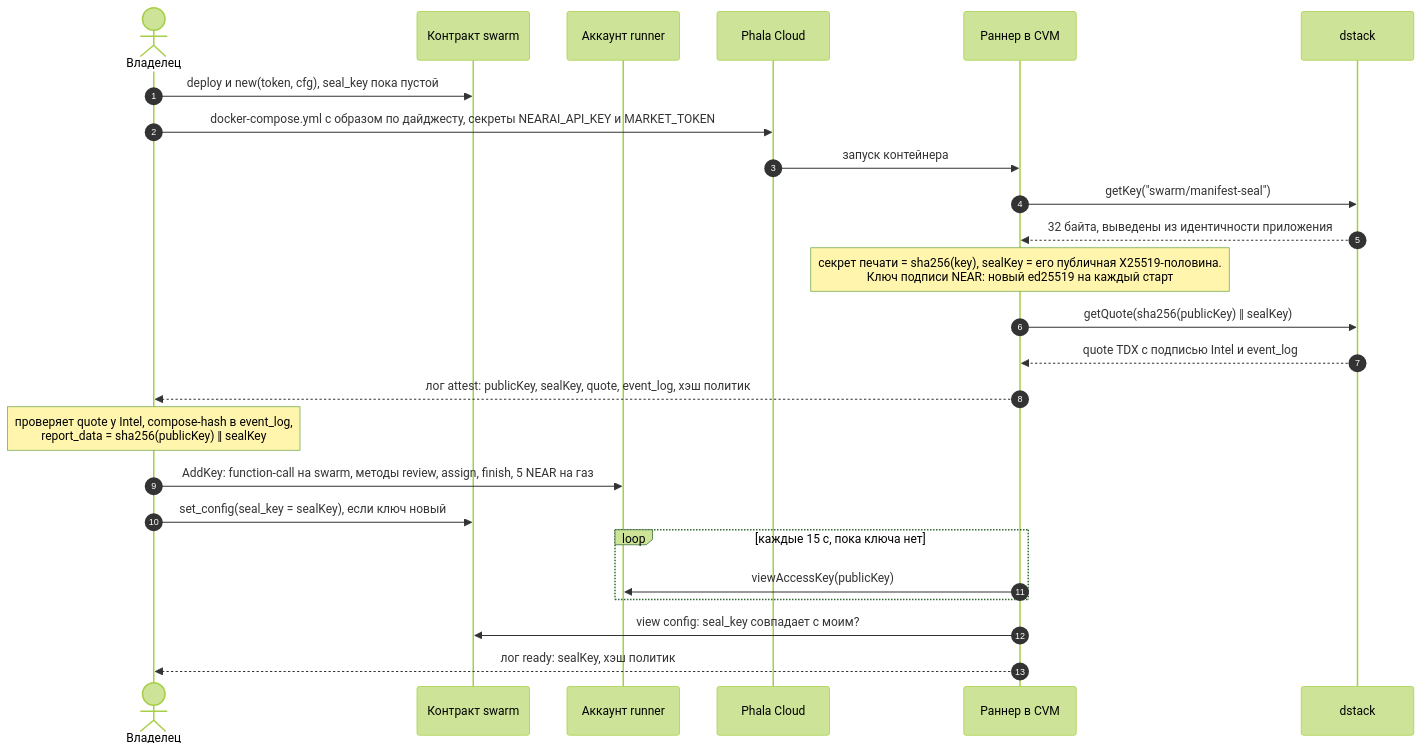
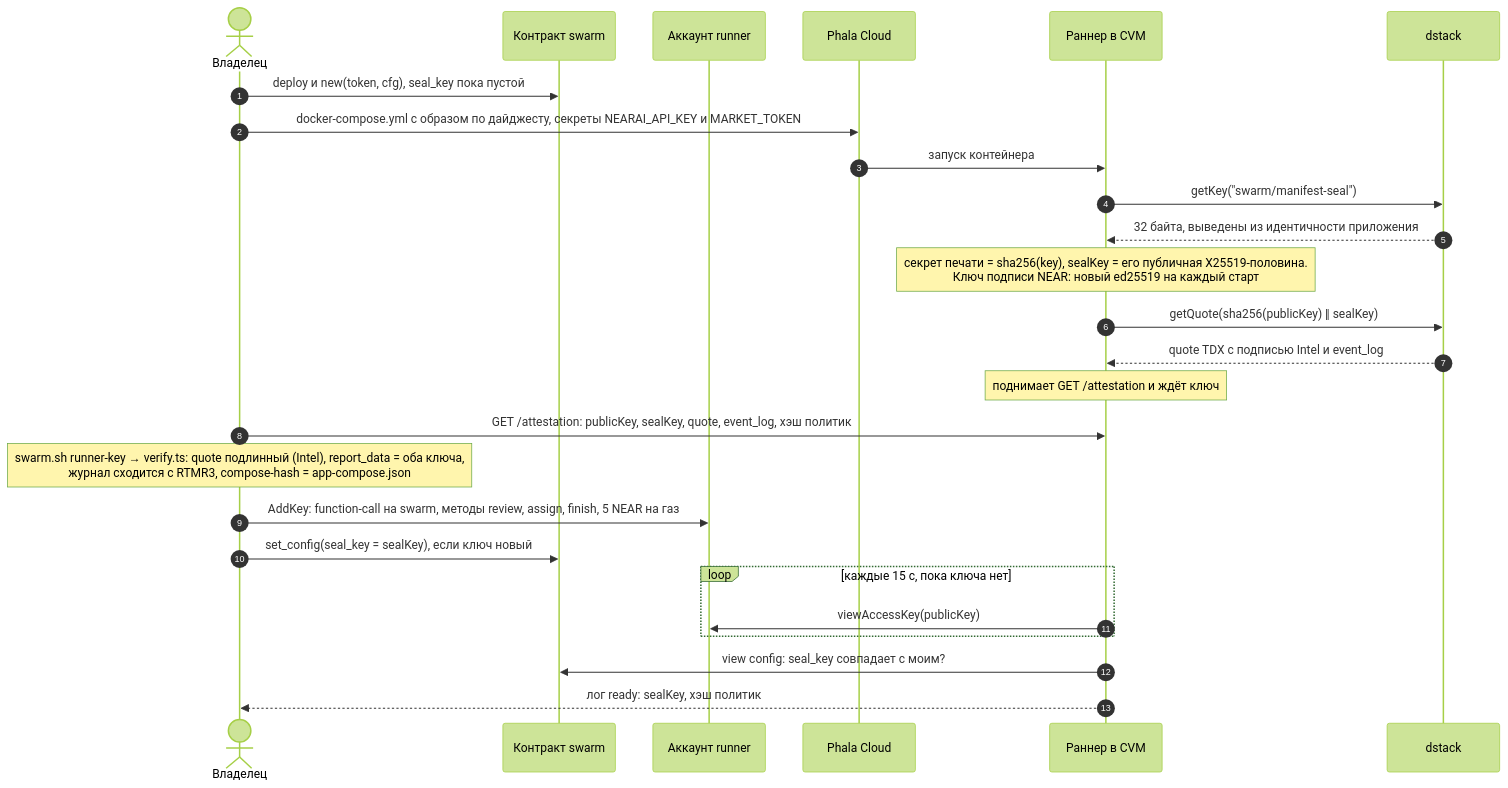
The second of 6 diagrams in docs/FLOWS.md (Sunnesoft/hive), drawn with Mermaid (forest theme) before and after one commit. The commit also changed other lines of this file and 18 other files, not shown here.

First line of the commit message:
Anyone can check the runner: GET /attestation and verify-seal

````diff
--- a/docs/FLOWS.md
+++ b/docs/FLOWS.md
@@ -110,27 +111,28 @@
 ```mermaid
 sequenceDiagram
   autonumber
   actor O as Владелец
   participant K as Контракт swarm
   participant RA as Аккаунт runner
   participant Ph as Phala Cloud
   participant R as Раннер в CVM
   participant D as dstack
   O->>K: deploy и new(token, cfg), seal_key пока пустой
   O->>Ph: docker-compose.yml с образом по дайджесту, секреты NEARAI_API_KEY и MARKET_TOKEN
   Ph->>R: запуск контейнера
   R->>D: getKey("swarm/manifest-seal")
   D-->>R: 32 байта, выведены из идентичности приложения
   Note over R: секрет печати = sha256(key), sealKey = его публичная X25519-половина.<br/>Ключ подписи NEAR: новый ed25519 на каждый старт
   R->>D: getQuote(sha256(publicKey) ‖ sealKey)
   D-->>R: quote TDX с подписью Intel и event_log
-  R-->>O: лог attest: publicKey, sealKey, quote, event_log, хэш политик
-  Note over O: проверяет quote у Intel, compose-hash в event_log,<br/>report_data = sha256(publicKey) ‖ sealKey
+  Note over R: поднимает GET /attestation и ждёт ключ
+  O->>R: GET /attestation: publicKey, sealKey, quote, event_log, хэш политик
+  Note over O: swarm.sh runner-key → verify.ts: quote подлинный (Intel), report_data = оба ключа,<br/>журнал сходится с RTMR3, compose-hash = app-compose.json
   O->>RA: AddKey: function-call на swarm, методы review, assign, finish, 5 NEAR на газ
   O->>K: set_config(seal_key = sealKey), если ключ новый
   loop каждые 15 с, пока ключа нет
     R->>RA: viewAccessKey(publicKey)
   end
   R->>K: view config: seal_key совпадает с моим?
   R-->>O: лог ready: sealKey, хэш политик
 ```
````
